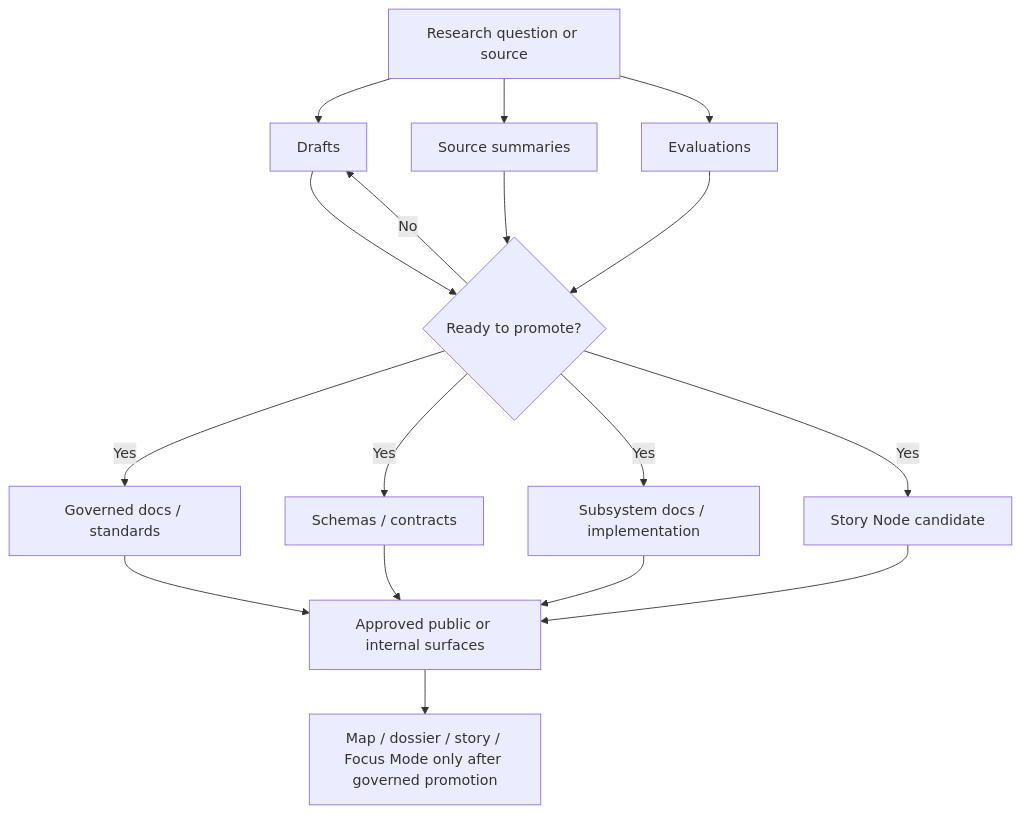
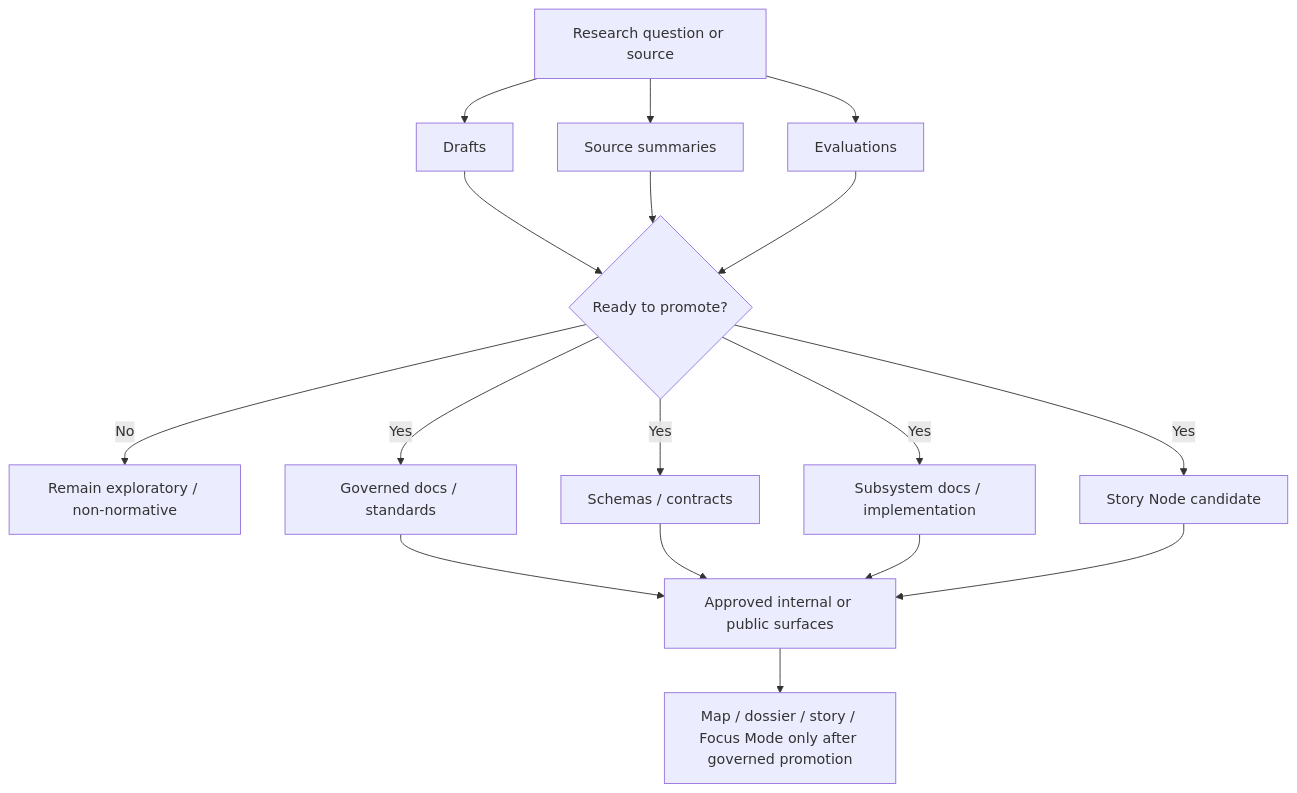
One commit to bartytime4life/Kansas-Frontier-Matrix changed the diagram in docs/research/README.md. Above: the diagram before and after it, drawn with Mermaid. The commit also changed other lines of this file, not shown here.

```diff
--- a/docs/research/README.md
+++ b/docs/research/README.md
@@ -168,23 +174,23 @@
 ~~~mermaid
 flowchart TD
     A[Research question or source] --> B[Drafts]
     A --> C[Source summaries]
     A --> D[Evaluations]
 
     B --> E{Ready to promote?}
     C --> E
     D --> E
 
-    E -- No --> B
-    E -- Yes --> F[Governed docs / standards]
-    E -- Yes --> G[Schemas / contracts]
-    E -- Yes --> H[Subsystem docs / implementation]
-    E -- Yes --> I[Story Node candidate]
+    E -- No --> F[Remain exploratory / non-normative]
+    E -- Yes --> G[Governed docs / standards]
+    E -- Yes --> H[Schemas / contracts]
+    E -- Yes --> I[Subsystem docs / implementation]
+    E -- Yes --> J[Story Node candidate]
 
-    F --> J[Approved public or internal surfaces]
-    G --> J
-    H --> J
-    I --> J
+    G --> K[Approved internal or public surfaces]
+    H --> K
+    I --> K
+    J --> K
 
-    J --> K[Map / dossier / story / Focus Mode only after governed promotion]
+    K --> L[Map / dossier / story / Focus Mode only after governed promotion]
 ~~~
```
